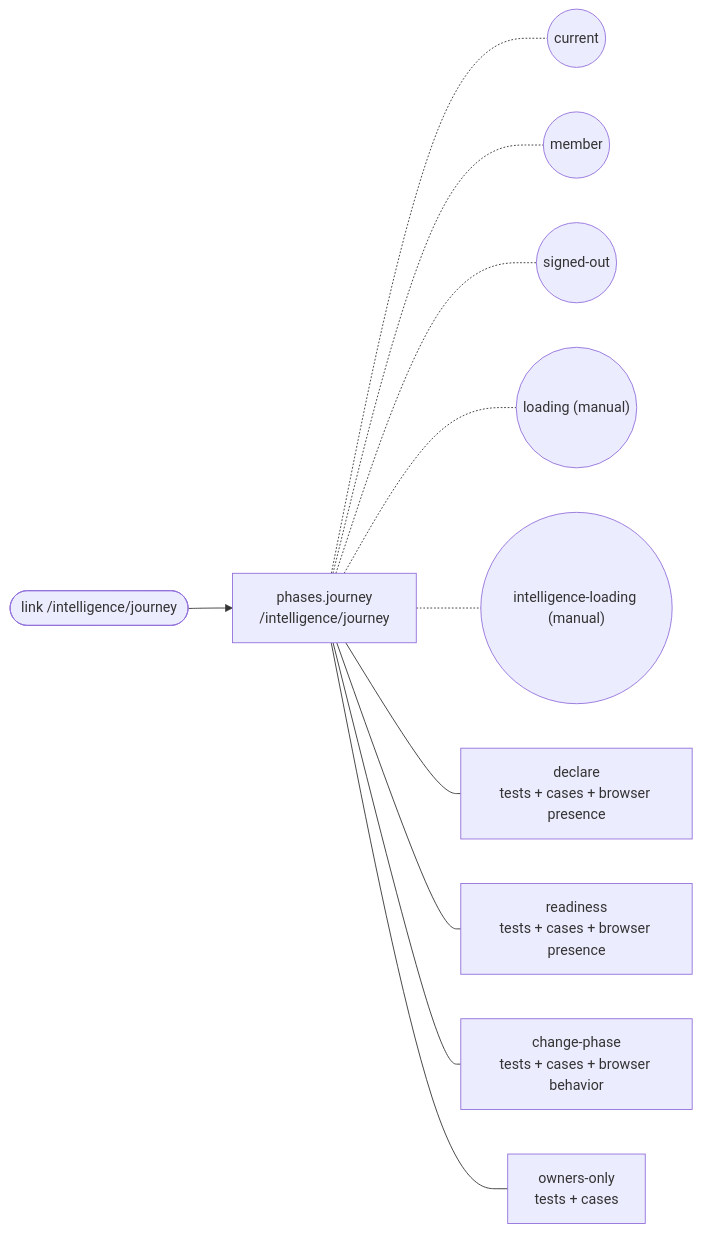
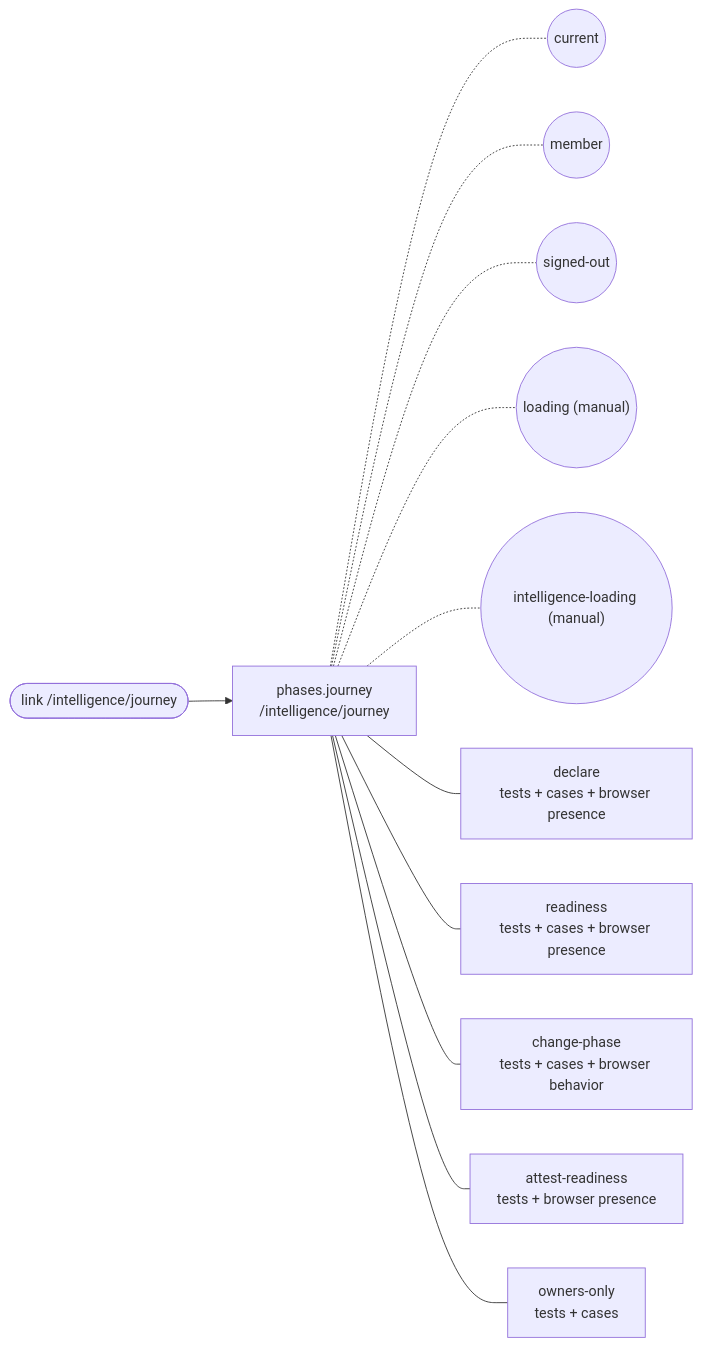
One commit to SebastianGarces/everyfield changed the diagram in docs/feature-maps/phases.md. Above: the diagram before and after it, drawn with Mermaid. The commit also changed other lines of this file and 12 other files, not shown here.

````diff
--- a/docs/feature-maps/phases.md
+++ b/docs/feature-maps/phases.md
@@ -6,15 +6,16 @@
 ```mermaid
 flowchart LR
   s0_link0(["link /intelligence/journey"])
   s0["phases.journey<br/>/intelligence/journey"]
   s0_link0 --> s0
   s0 -.- s0_st0(("current"))
   s0 -.- s0_st1(("member"))
   s0 -.- s0_st2(("signed-out"))
   s0 -.- s0_st3(("loading (manual)"))
   s0 -.- s0_st4(("intelligence-loading (manual)"))
   s0 --- s0_b0["declare<br/>tests + cases + browser presence"]
   s0 --- s0_b1["readiness<br/>tests + cases + browser presence"]
   s0 --- s0_b2["change-phase<br/>tests + cases + browser behavior"]
-  s0 --- s0_b3["owners-only<br/>tests + cases"]
+  s0 --- s0_b3["attest-readiness<br/>tests + browser presence"]
+  s0 --- s0_b4["owners-only<br/>tests + cases"]
 ```
````
